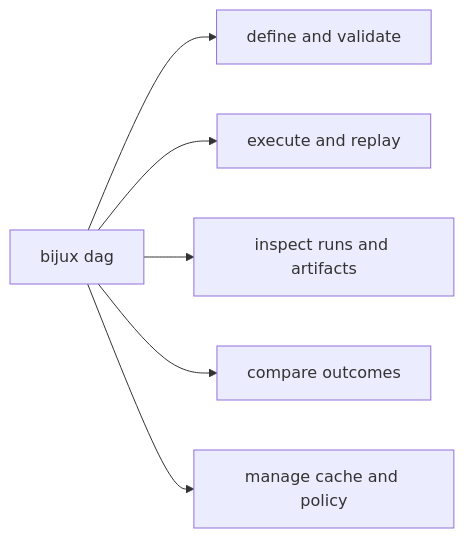
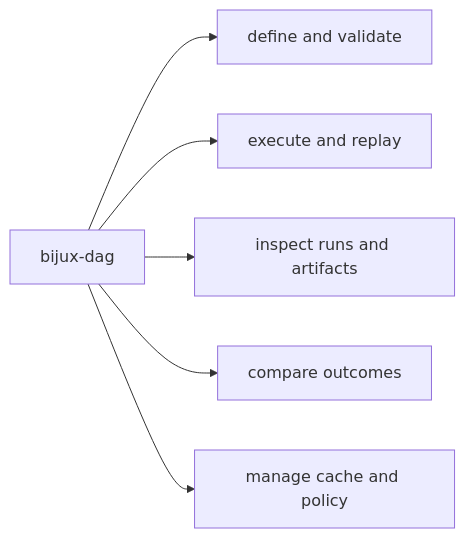
Before and after one commit to bijux/bijux-cli: the diagram in docs/bijux-dag/interfaces/cli-surface.md, drawn with Mermaid. The commit also changed 12 other files, not shown here.

````diff
--- a/docs/bijux-dag/interfaces/cli-surface.md
+++ b/docs/bijux-dag/interfaces/cli-surface.md
@@ -21,8 +21,8 @@
 ```mermaid
 flowchart LR
-    dag["bijux dag"] --> define["define and validate"]
+    dag["bijux-dag"] --> define["define and validate"]
     dag --> execute["execute and replay"]
     dag --> inspect["inspect runs and artifacts"]
     dag --> compare["compare outcomes"]
     dag --> operate["manage cache and policy"]
 ```
````
